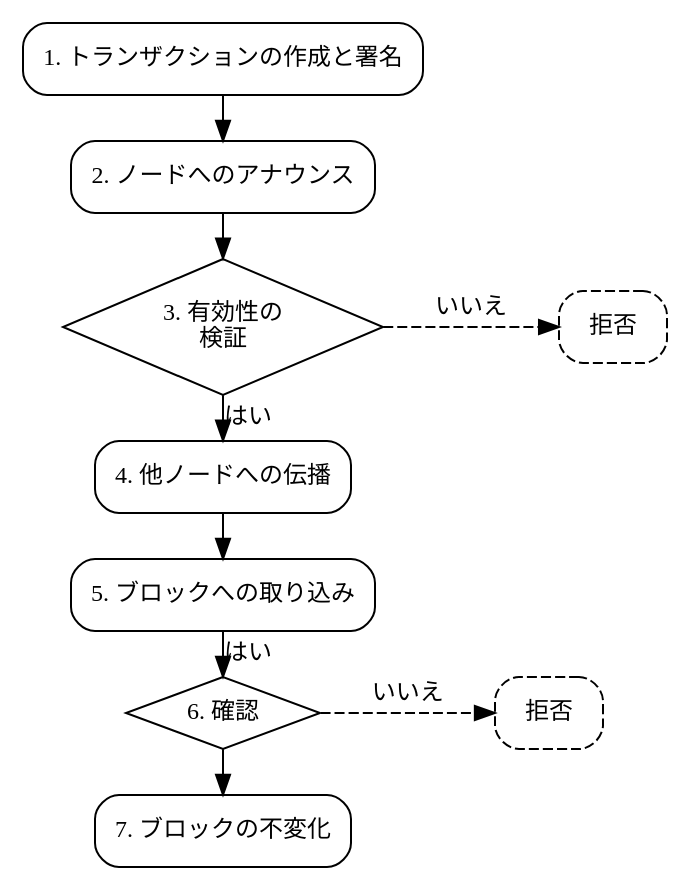
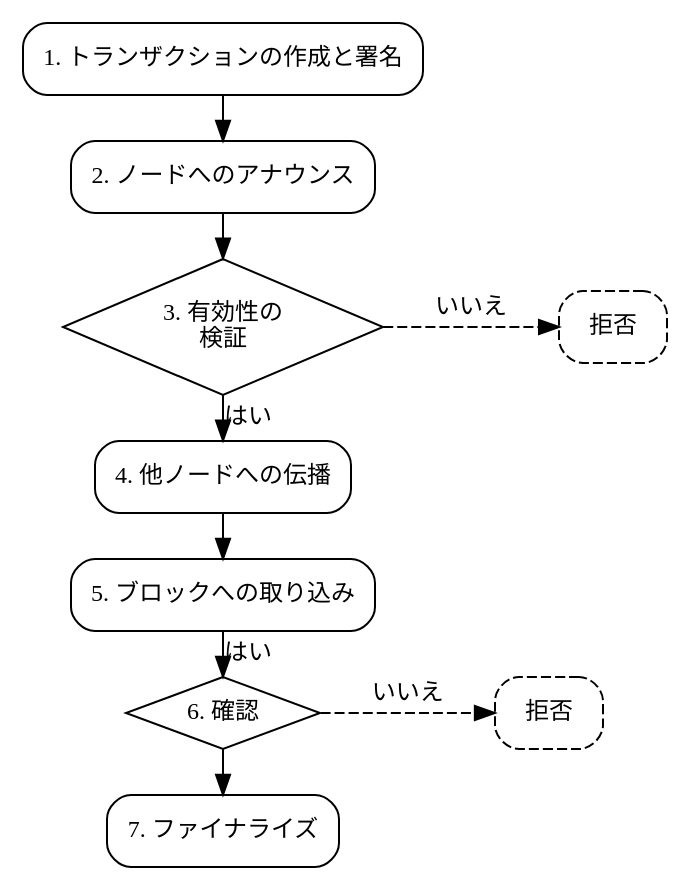
One commit to symbol/symbol changed the third of 3 diagrams in mkdocs/pages/ja/textbook/transactions.md. Above: the diagram before and after it, drawn with Graphviz. The commit also changed other lines of this file and 14 other files, not shown here.

````diff
--- a/mkdocs/pages/ja/textbook/transactions.md
+++ b/mkdocs/pages/ja/textbook/transactions.md
@@ -160,37 +160,37 @@
 ```dot
 digraph "Transaction Lifecycle" {
     node [shape=box, style=rounded, fontsize=12];
     edge [fontsize=12];
     nodesep=0.3;
     ranksep=0.3;
 
     // メインの縦方向の流れ
     Creation     [label="1. トランザクションの作成と署名", URL="#1"];
     Announcement [label="2. ノードへのアナウンス", URL="#2"];
     Validation   [label="3. 有効性の\n検証", shape=diamond, style="", URL="#3"];
     Propagation  [label="4. 他ノードへの伝播", URL="#4"];
     Harvesting   [label="5. ブロックへの取り込み", URL="#5"];
     Confirmation [label="6. 確認", shape=diamond, style="", URL="#6"];
-    Finalization [label="7. ブロックの不変化", URL="#7-finalization"];
+    Finalization [label="7. ファイナライズ", URL="#7-finalization"];
 
     // 拒否分岐
     Rejection1   [label="拒否" style="rounded,dashed"];
     Rejection2   [label="拒否" style="rounded,dashed"];
 
     // メインの流れ
     Creation ->     Announcement;
     Announcement -> Validation;
     Validation ->   Propagation [label="はい", labelfloat=true];
     Propagation ->  Harvesting;
     Harvesting ->   Confirmation [label="はい", labelfloat=true];
     Confirmation -> Finalization;
 
     // 拒否への分岐
     Validation ->   Rejection1 [label="いいえ", style=dashed, minlen=2];
     Confirmation -> Rejection2 [label="いいえ", style=dashed, minlen=2];
 
     // 拒否ノードの位置揃え
     { rank = same; Validation; Rejection1 }
     { rank = same; Confirmation; Rejection2 }
 }
 ```
````
